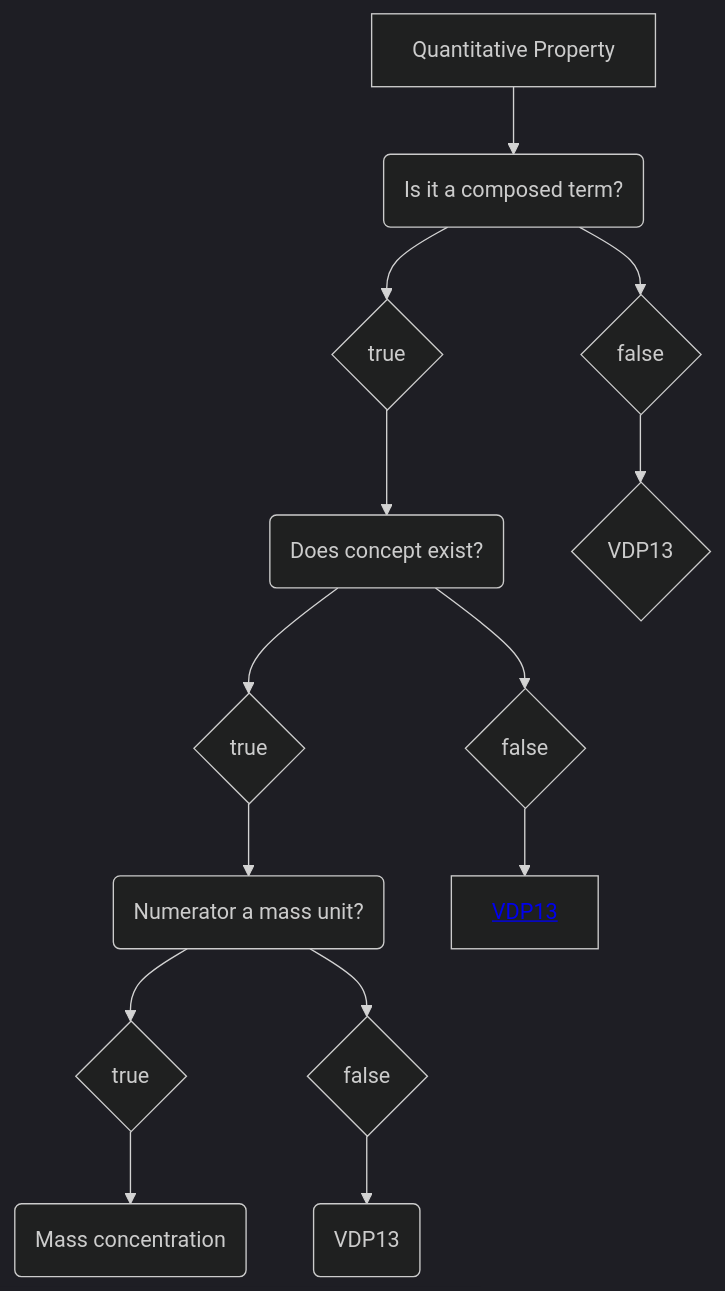
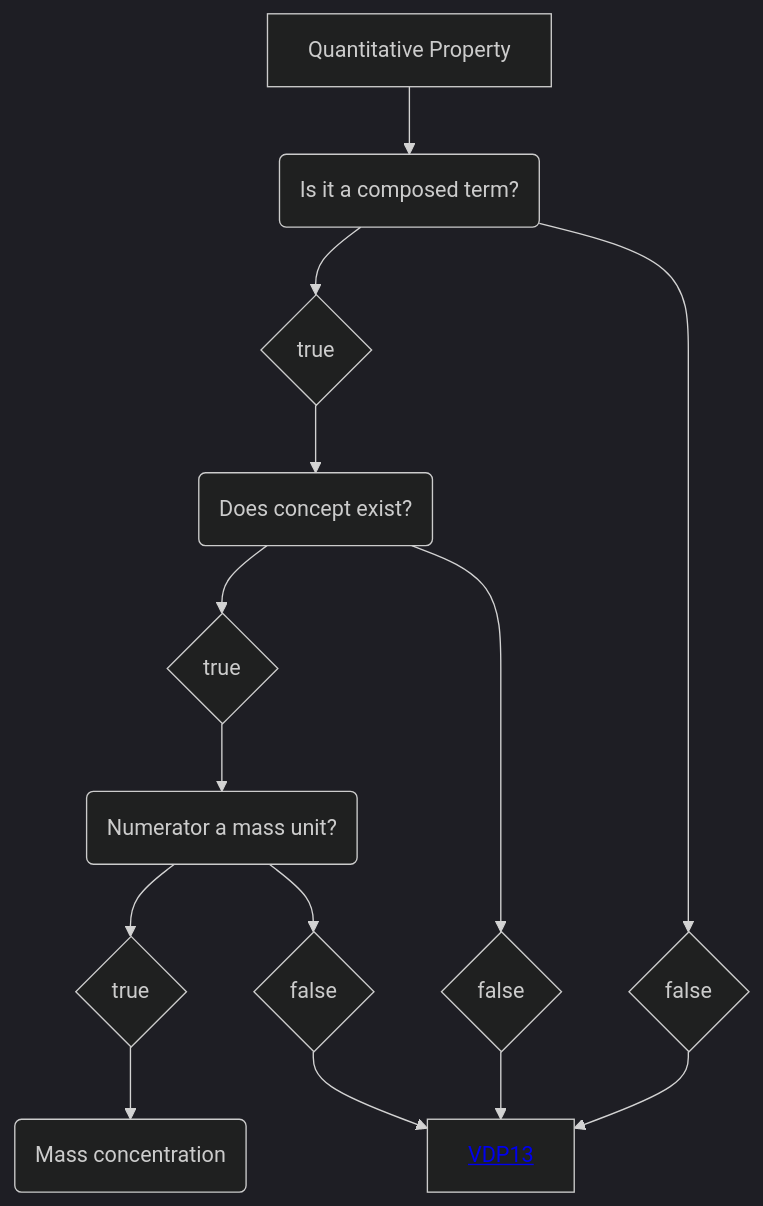
Before and after one commit to mabablue/I-ADOPT-patterns-playground: the diagram in Decisition_trees/DT1.mmd, drawn with Mermaid (dark theme).

```diff
--- a/Decisition_trees/DT1.mmd
+++ b/Decisition_trees/DT1.mmd
@@ -1,14 +1,14 @@
 flowchart TD
     A[Quantitative Property] --> B(Is it a composed term?)
     B --> C{true}
     B --> D{false}
     C --> E(Does concept exist?) 
     E --> F{true}
     E --> G{false}
     F --> H(Numerator a mass unit?)
-    D --> I{VDP13} 
-    G -->  J[<a href='https://github.com/mabablue/I-ADOPT-patterns-playground/blob/main/pattern/VDP13.yaml'>VDP13</a>]
+    D --> I[<a href='https://github.com/mabablue/I-ADOPT-patterns-playground/blob/main/pattern/VDP13.yaml'>VDP13</a>]
+    G --> I
     H --> L{true}
     L --> M(Mass concentration)
     H --> N{false}
-    N --> O(VDP13)
+    N --> I
```
